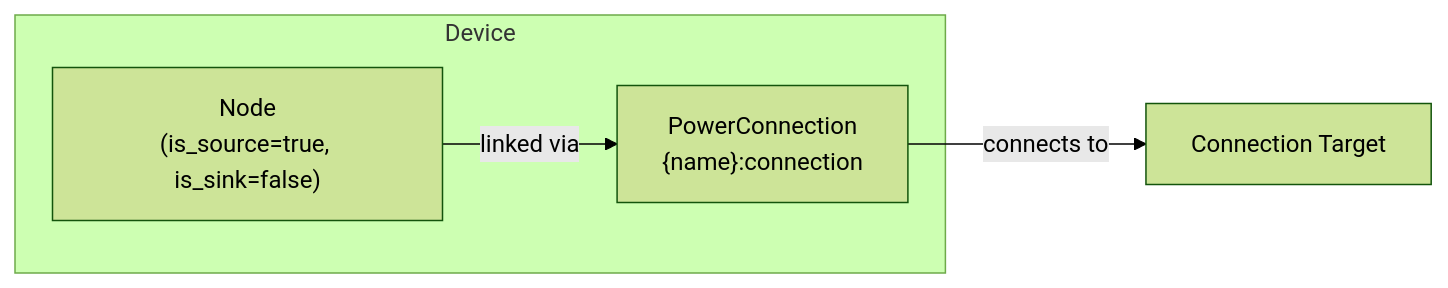
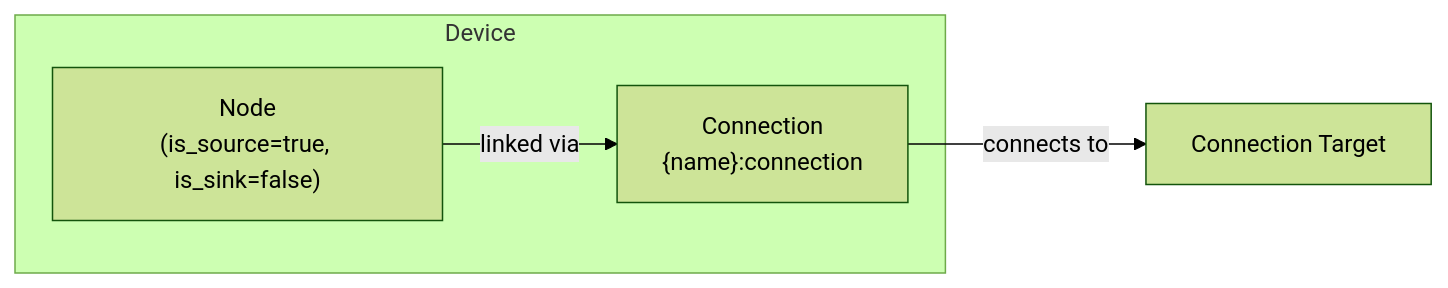
One commit to hass-energy/haeo changed the diagram in docs/modeling/device-layer/solar.md. Above: the diagram before and after it, drawn with Mermaid (forest theme). The commit also changed other lines of this file and 13 other files, not shown here.

````diff
--- a/docs/modeling/device-layer/solar.md
+++ b/docs/modeling/device-layer/solar.md
@@ -7,12 +7,12 @@
 ```mermaid
 graph LR
     subgraph "Device"
         SS["Node<br/>(is_source=true, is_sink=false)"]
-        Conn["PowerConnection<br/>{name}:connection"]
+        Conn["Connection<br/>{name}:connection"]
     end
 
     Node[Connection Target]
 
     SS -->|linked via| Conn
     Conn -->|connects to| Node
 ```
````
